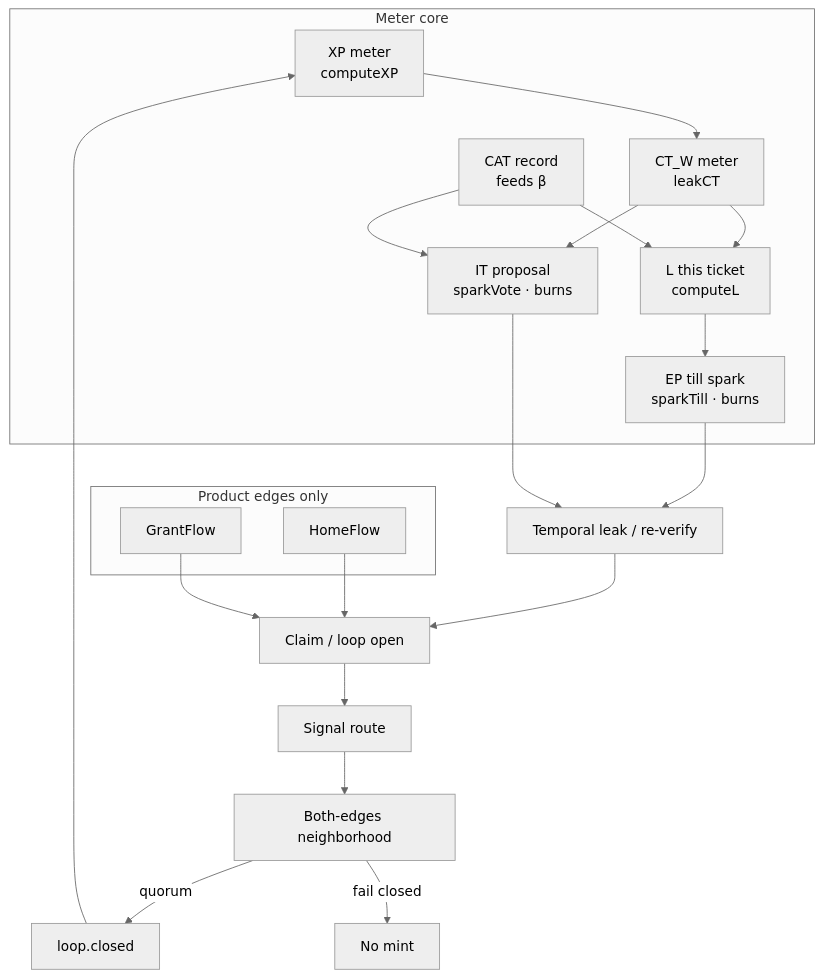
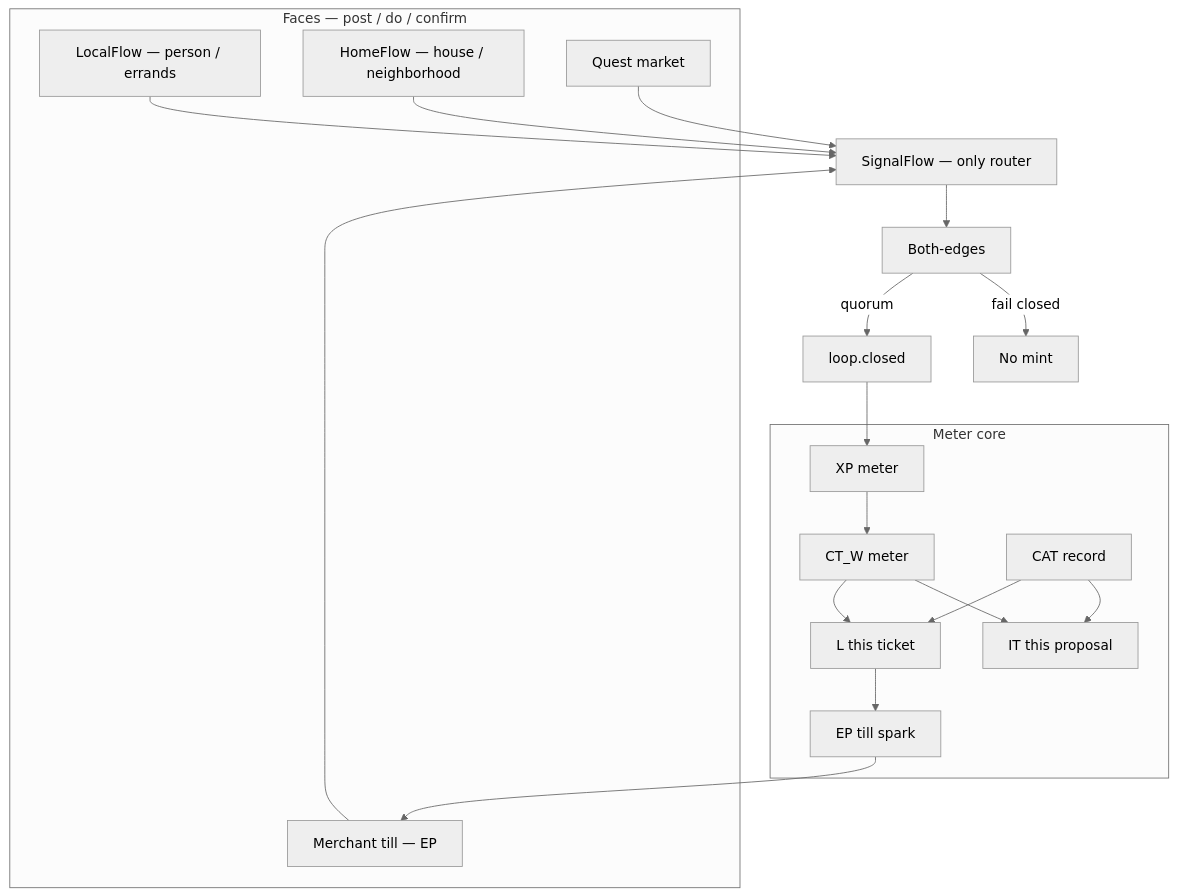
The diagram in docs/architecture/METER_CORE.mmd (00ranman/extropy-engine), drawn with Mermaid before and after one commit. The commit also changed 8 other files, not shown here.

First line of the commit message:
Omit grants from architecture diagrams.

```diff
--- a/docs/architecture/METER_CORE.mmd
+++ b/docs/architecture/METER_CORE.mmd
@@ -1,32 +1,35 @@
 %%{init: {"theme": "neutral"}}%%
 flowchart TB
-  subgraph CORE["Meter core"]
-    XP["XP meter<br/>computeXP"]
-    CT["CT_W meter<br/>leakCT"]
-    L["L this ticket<br/>computeL"]
-    EP["EP till spark<br/>sparkTill · burns"]
-    CAT["CAT record<br/>feeds β"]
-    IT["IT proposal<br/>sparkVote · burns"]
+  subgraph FACES["Faces — post / do / confirm"]
+    LF["LocalFlow — person / errands"]
+    HF["HomeFlow — house / neighborhood"]
+    QM["Quest market"]
+    TILL["Merchant till — EP"]
   end
 
-  CLAIM[Claim / loop open] --> ROUTE[Signal route]
-  ROUTE --> VERIFY[Both-edges neighborhood]
+  SF["SignalFlow — only router"]
+
+  subgraph CORE["Meter core"]
+    XP["XP meter"]
+    CT["CT_W meter"]
+    L["L this ticket"]
+    EP["EP till spark"]
+    CAT["CAT record"]
+    IT["IT this proposal"]
+  end
+
+  LF --> SF
+  HF --> SF
+  QM --> SF
+  TILL --> SF
+  SF --> VERIFY[Both-edges]
   VERIFY -->|quorum| CLOSE[loop.closed]
   VERIFY -->|fail closed| NOMINT[No mint]
   CLOSE --> XP
   XP --> CT
   CT --> L
   CAT --> L
   L --> EP
   CT --> IT
   CAT --> IT
-  EP --> TEMP[Temporal leak / re-verify]
-  IT --> TEMP
-  TEMP --> CLAIM
-
-  subgraph EDGES["Product edges only"]
-    HF[HomeFlow]
-    GF[GrantFlow]
-  end
-  HF --> CLAIM
-  GF --> CLAIM
+  EP --> TILL
```
